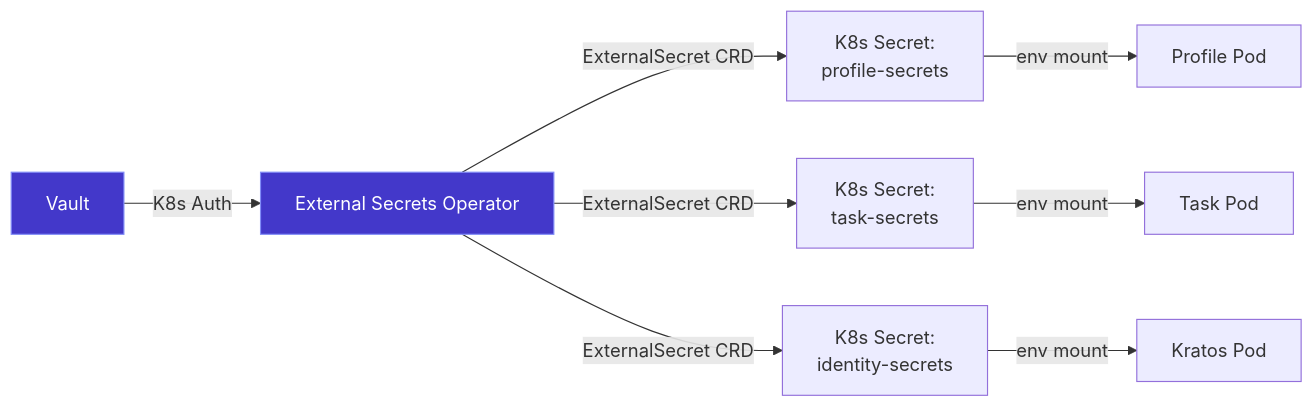
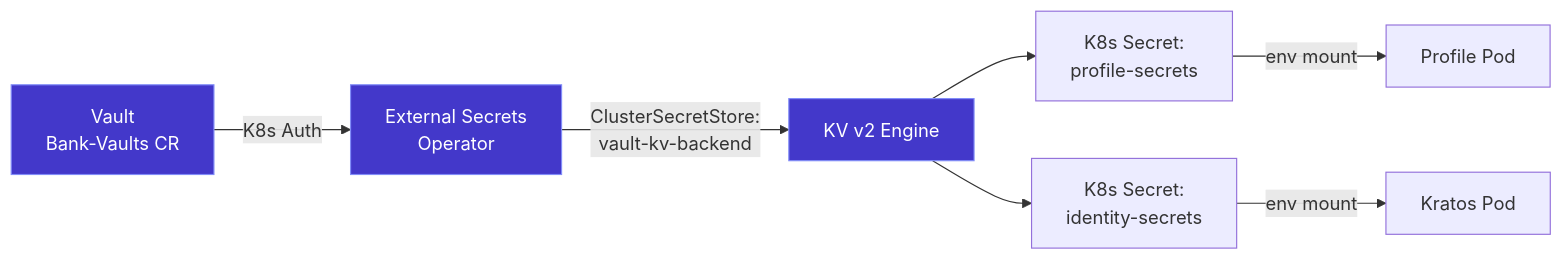
One commit to MathTrail/core changed the third of 3 diagrams in docs/architecture/services.md. Above: the diagram before and after it, drawn with Mermaid. The commit also changed other lines of this file and 10 other files, not shown here.

````diff
--- a/docs/architecture/services.md
+++ b/docs/architecture/services.md
@@ -104,14 +135,13 @@
 ```mermaid
 graph LR
-    V[Vault] -->|K8s Auth| ESO[External Secrets Operator]
-    ESO -->|ExternalSecret CRD| S1[K8s Secret:<br/>profile-secrets]
-    ESO -->|ExternalSecret CRD| S2[K8s Secret:<br/>task-secrets]
-    ESO -->|ExternalSecret CRD| S3[K8s Secret:<br/>identity-secrets]
+    V[Vault<br/>Bank-Vaults CR] -->|K8s Auth| ESO[External Secrets<br/>Operator]
+    ESO -->|ClusterSecretStore:<br/>vault-kv-backend| KV[KV v2 Engine]
+    KV --> S1[K8s Secret:<br/>profile-secrets]
+    KV --> S2[K8s Secret:<br/>identity-secrets]
 
     S1 -->|env mount| Profile[Profile Pod]
-    S2 -->|env mount| Task[Task Pod]
-    S3 -->|env mount| Identity[Kratos Pod]
+    S2 -->|env mount| Identity[Kratos Pod]
 
     classDef vault fill:#4338ca,stroke:#818cf8,color:#fff
-    class V,ESO vault
+    class V,ESO,KV vault
 ```
````
